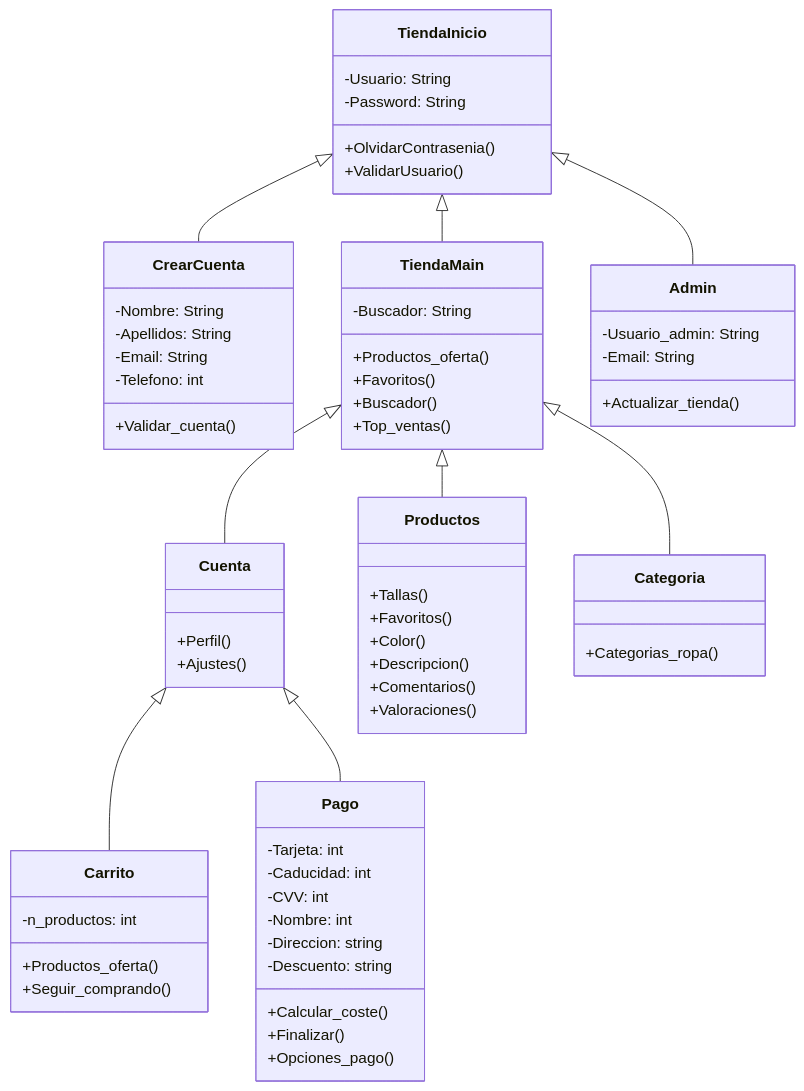
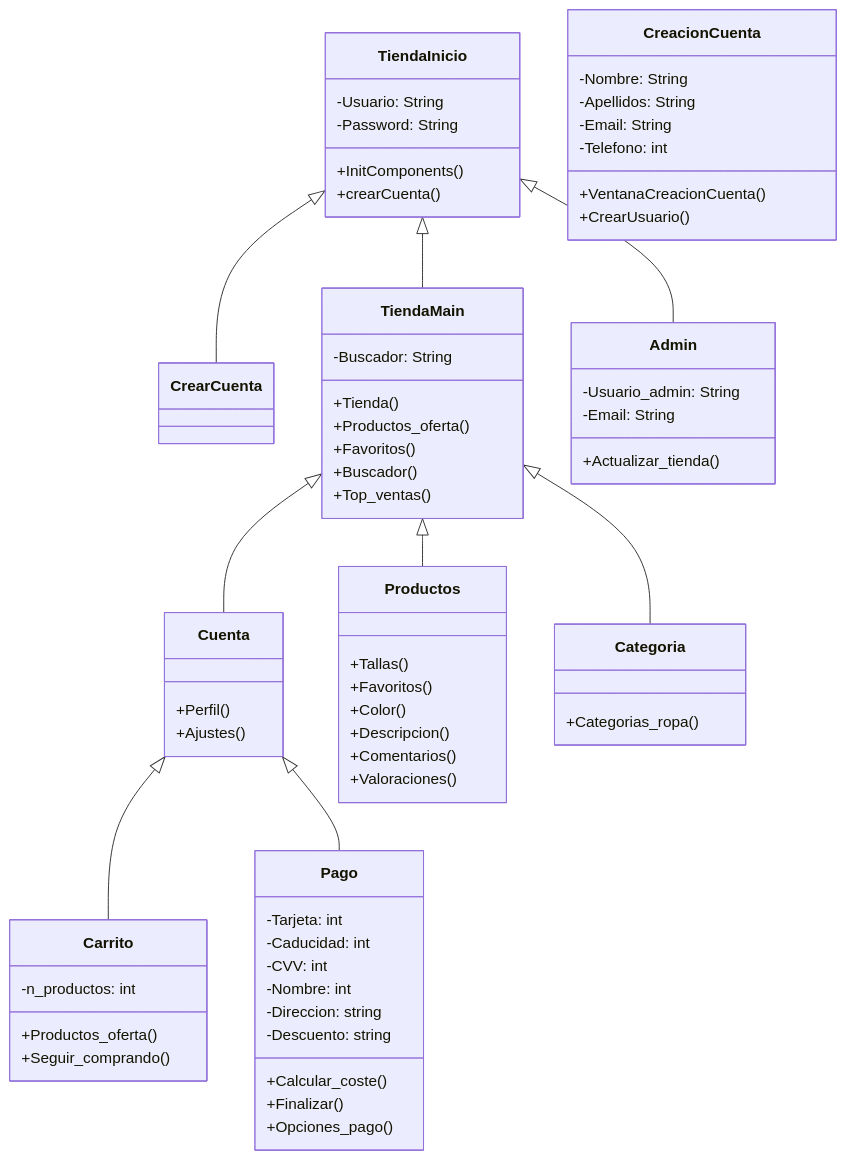
Before and after one commit to Dolcecola/Paradise: the diagram in README.md, drawn with Mermaid.

````diff
--- a/README.md
+++ b/README.md
@@ -3,78 +3,80 @@
 ```mermaid
 classDiagram
 TiendaInicio <|--CrearCuenta
 TiendaInicio <|--TiendaMain
 TiendaInicio <|--Admin
 
 TiendaMain <|--Cuenta
 TiendaMain <|--Productos
 TiendaMain <|--Categoria
 
 Cuenta <|--Carrito
 Cuenta <|--Pago
 
 class TiendaInicio{
 	-Usuario: String
 	-Password: String
-	+OlvidarContrasenia()
-	+ValidarUsuario()
+	+InitComponents()
+	+crearCuenta()
 }
 
-class CrearCuenta{
+class CreacionCuenta{
 	-Nombre: String
 	-Apellidos: String
 	-Email: String
 	-Telefono: int
-	+Validar_cuenta()
+	+VentanaCreacionCuenta()
+	+CrearUsuario()
 }
 
 class Admin{
 	-Usuario_admin: String
 	-Email: String
 	+Actualizar_tienda()
 }
 
 class TiendaMain{
 	-Buscador: String
+	+Tienda()
 	+Productos_oferta()
 	+Favoritos()
 	+Buscador()
 	+Top_ventas()
 }
 
 class Productos{
 	+Tallas()
 	+Favoritos()
 	+Color()
 	+Descripcion()
 	+Comentarios()
 	+Valoraciones()
 }
 
 class Categoria{
 	+Categorias_ropa()
 }
 
 class Cuenta{
 	+Perfil()
 	+Ajustes()
 }
 
 class Carrito{
 	-n_productos: int
 	+Productos_oferta()
 	+Seguir_comprando()
 }
 
 class Pago{
 	-Tarjeta: int
 	-Caducidad: int
 	-CVV: int
 	-Nombre: int
 	-Direccion: string
 	-Descuento: string
 	+Calcular_coste()
 	+Finalizar()
 	+Opciones_pago()
 }
 ```
````
